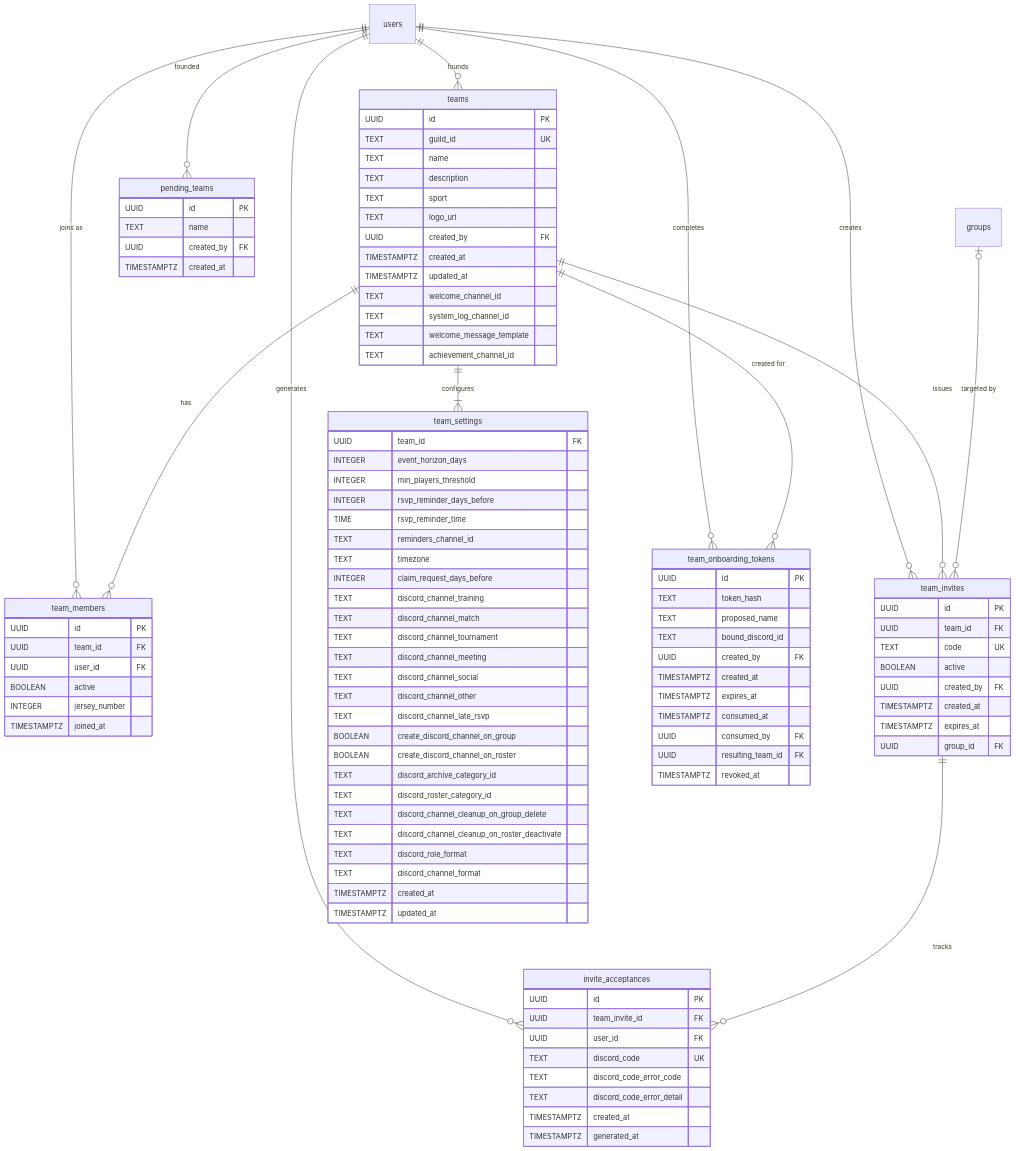
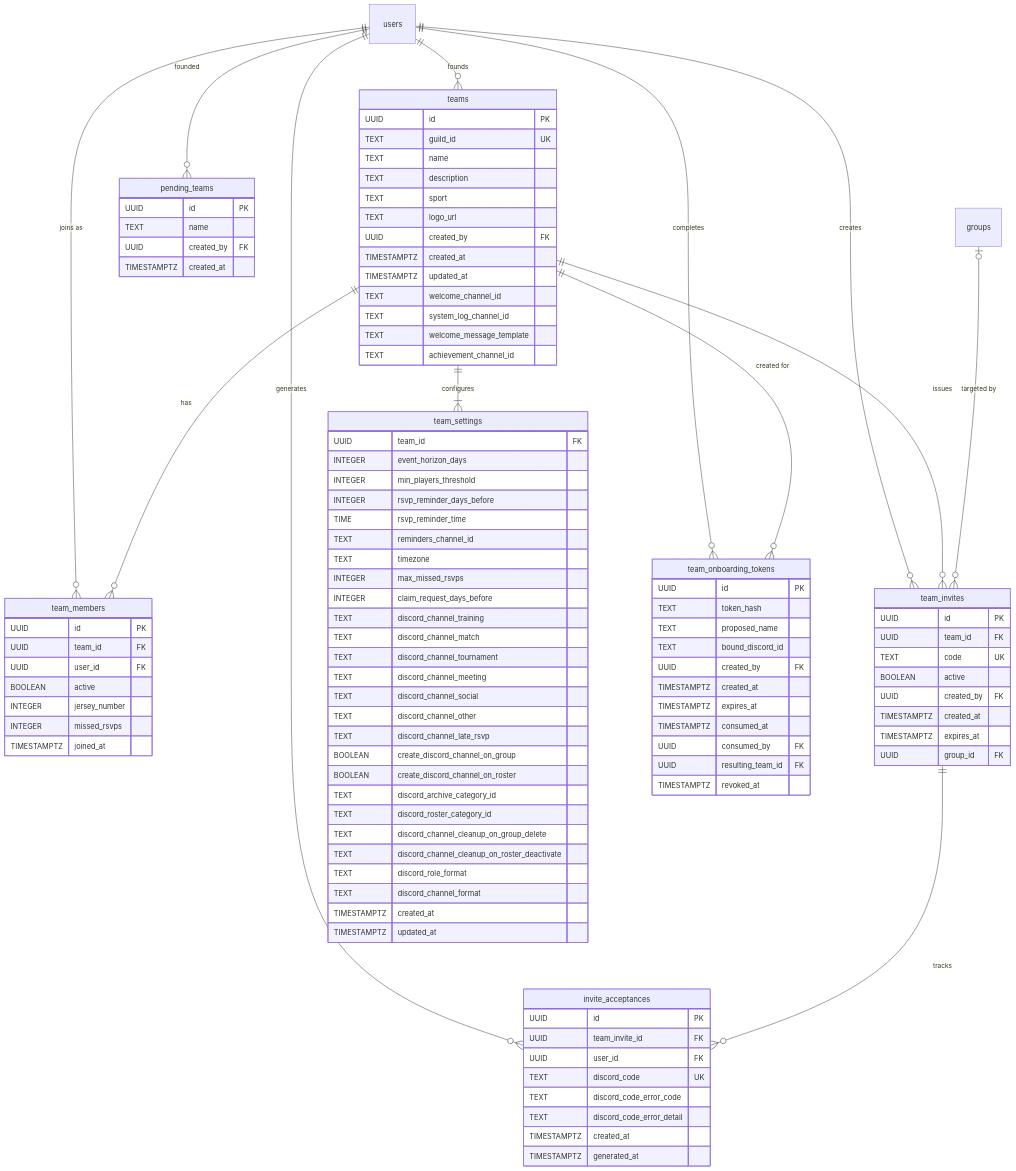
Before and after one commit to sideline-cz/sideline: the third of 21 diagrams in docs/thesis/er-diagram.md, drawn with Mermaid. The commit also changed other lines of this file and 29 other files, not shown here.

```diff
--- a/docs/thesis/er-diagram.md
+++ b/docs/thesis/er-diagram.md
@@ -246,6 +246,7 @@
         UUID user_id FK
         BOOLEAN active
         INTEGER jersey_number
+        INTEGER missed_rsvps
         TIMESTAMPTZ joined_at
     }
 
@@ -279,6 +280,7 @@
         TIME rsvp_reminder_time
         TEXT reminders_channel_id
         TEXT timezone
+        INTEGER max_missed_rsvps
         INTEGER claim_request_days_before
         TEXT discord_channel_training
         TEXT discord_channel_match
```
